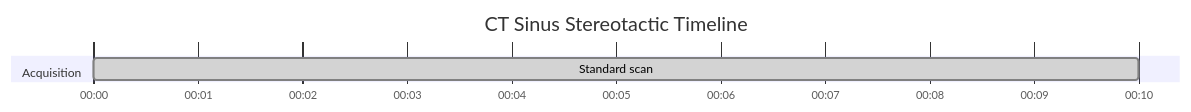
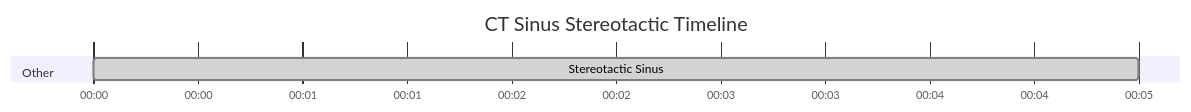
Before and after one commit to dfergs93/radiology-protocols: the diagram in docs/ct/neuro/ct-sinus-stereotactic.md, drawn with Mermaid. The commit also changed 101 other files, not shown here.

````diff
--- a/docs/ct/neuro/ct-sinus-stereotactic.md
+++ b/docs/ct/neuro/ct-sinus-stereotactic.md
@@ -69,13 +69,15 @@
   ```mermaid
   ---
+  displayMode: compact
   config:
     theme: default
+    themeCSS: " #Saline{ fill: #4ed5ff; stroke: #2094f3; } "
   ---
     gantt
       title CT Sinus Stereotactic Timeline
       dateFormat mm:ss
       axisFormat %M:%S 
       
-      section Acquisition
-      Standard scan    :done, scan1, 00:00, 10s
+      section Other
+      Stereotactic Sinus    :done, scan1, 00:00, 5s
   ```
````
